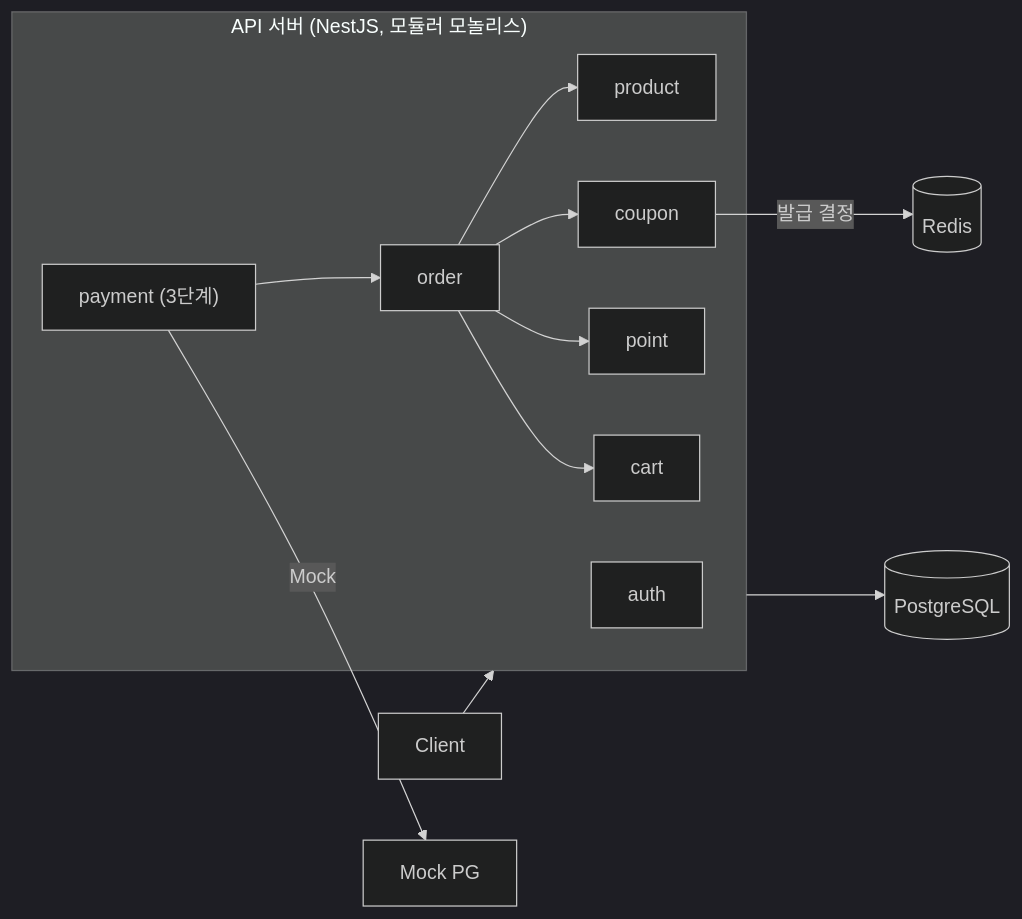
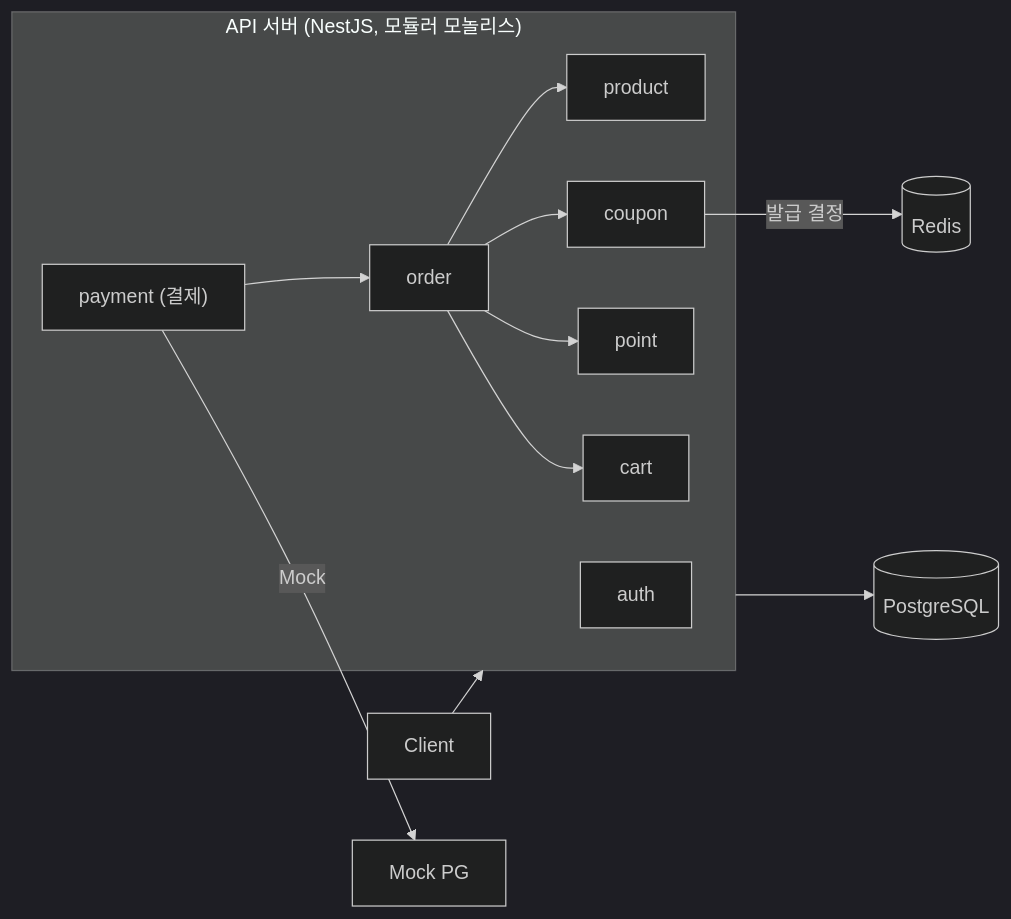
The diagram in README.md (KAPUIST/flash-gate), drawn with Mermaid (dark theme) before and after one commit. The commit also changed other lines of this file and 33 other files, not shown here.

````diff
--- a/README.md
+++ b/README.md
@@ -48,21 +47,21 @@
 ```mermaid
 flowchart LR
     Client --> API
     subgraph API["API 서버 (NestJS, 모듈러 모놀리스)"]
         auth[auth]
         coupon[coupon]
         product[product]
         cart[cart]
         order[order]
         point[point]
-        payment["payment (3단계)"]
+        payment["payment (결제)"]
         order --> product
         order --> coupon
         order --> point
         order --> cart
         payment --> order
     end
     coupon -- "발급 결정" --> Redis[(Redis)]
     API --> DB[(PostgreSQL)]
     payment -- "Mock" --> PG[Mock PG]
 ```
````
